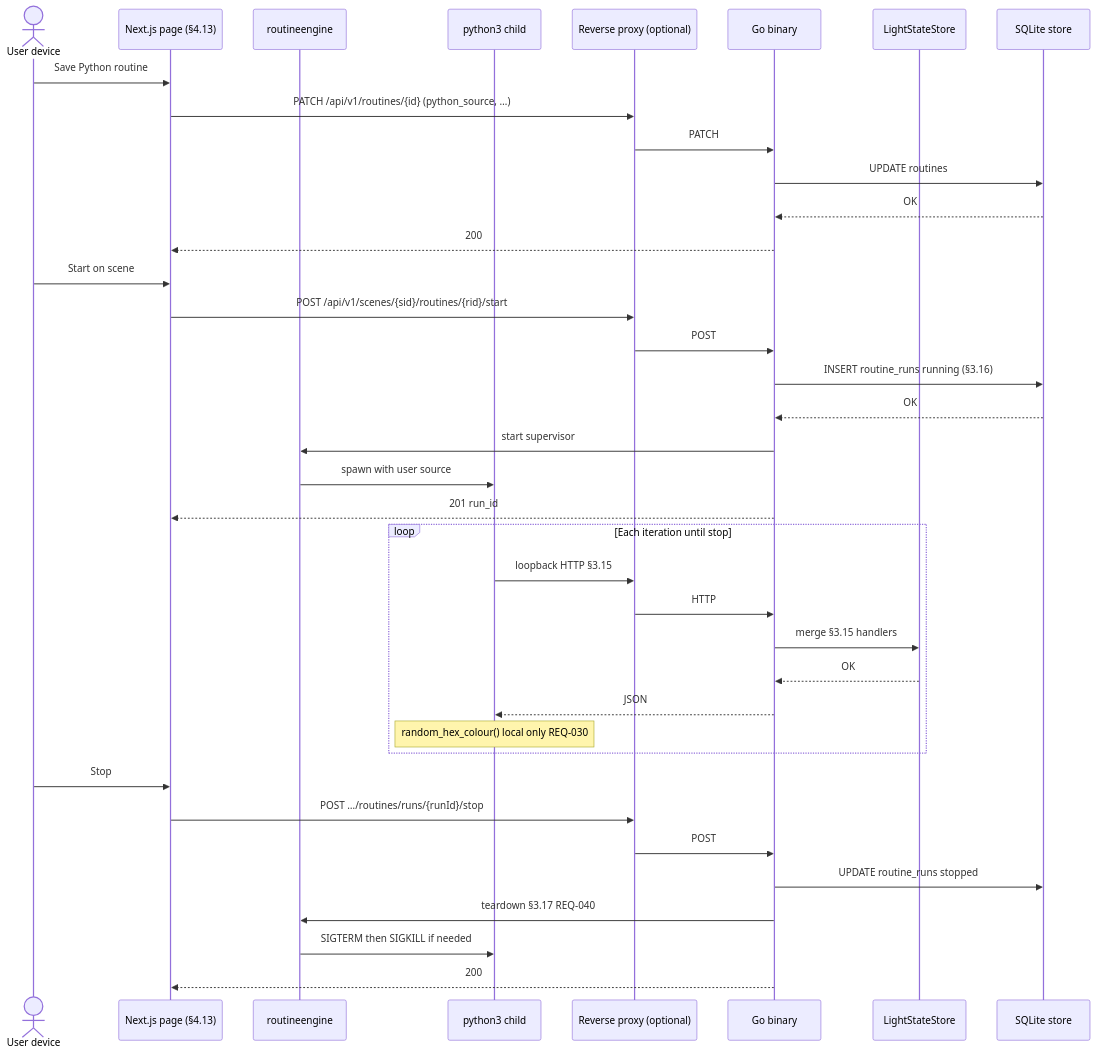
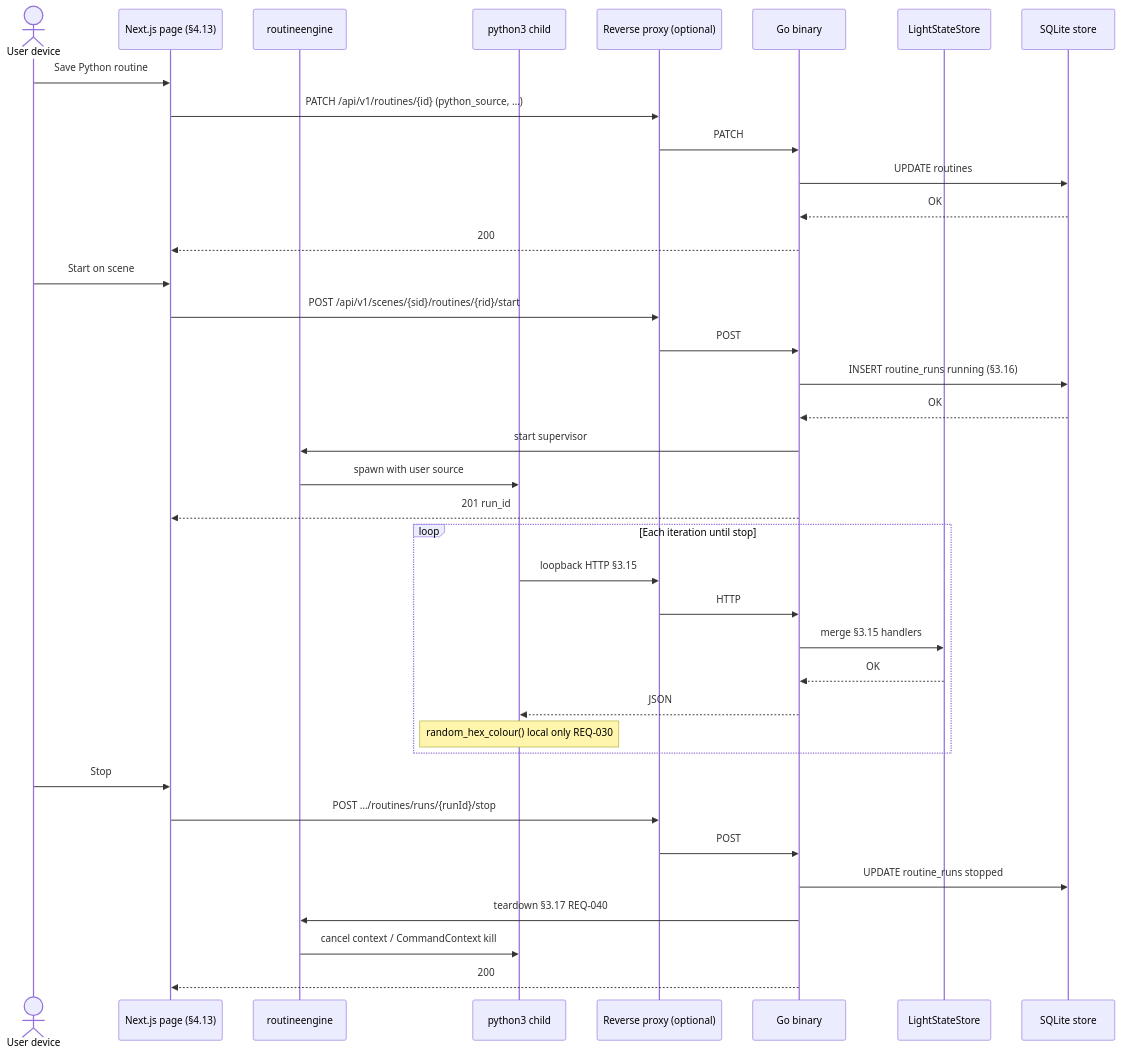
Before and after one commit to mudged/dlm: diagram 18 of 26 in docs/design/request-flows.md, drawn with Mermaid. The commit also changed other lines of this file and 28 other files, not shown here.

````diff
--- a/docs/design/request-flows.md
+++ b/docs/design/request-flows.md
@@ -572,44 +572,44 @@
 ```mermaid
 sequenceDiagram
   actor User as User device
   participant Page as Next.js page (§4.13)
   participant RE as routineengine
   participant Py as python3 child
   participant P as Reverse proxy (optional)
   participant G as Go binary
   participant L as LightStateStore
   participant S as SQLite store
 
   User->>Page: Save Python routine
   Page->>P: PATCH /api/v1/routines/{id} (python_source, …)
   P->>G: PATCH
   G->>S: UPDATE routines
   S-->>G: OK
   G-->>Page: 200
 
   User->>Page: Start on scene
   Page->>P: POST /api/v1/scenes/{sid}/routines/{rid}/start
   P->>G: POST
   G->>S: INSERT routine_runs running (§3.16)
   S-->>G: OK
   G->>RE: start supervisor
   RE->>Py: spawn with user source
   G-->>Page: 201 run_id
 
   loop Each iteration until stop
     Py->>P: loopback HTTP §3.15
     P->>G: HTTP
     G->>L: merge §3.15 handlers
     L-->>G: OK
     G-->>Py: JSON
     Note over Py: random_hex_colour() local only REQ-030
   end
 
   User->>Page: Stop
   Page->>P: POST …/routines/runs/{runId}/stop
   P->>G: POST
   G->>S: UPDATE routine_runs stopped
   G->>RE: teardown §3.17 REQ-040
-  RE->>Py: SIGTERM then SIGKILL if needed
+  RE->>Py: cancel context / CommandContext kill
   G-->>Page: 200
 ```
````
